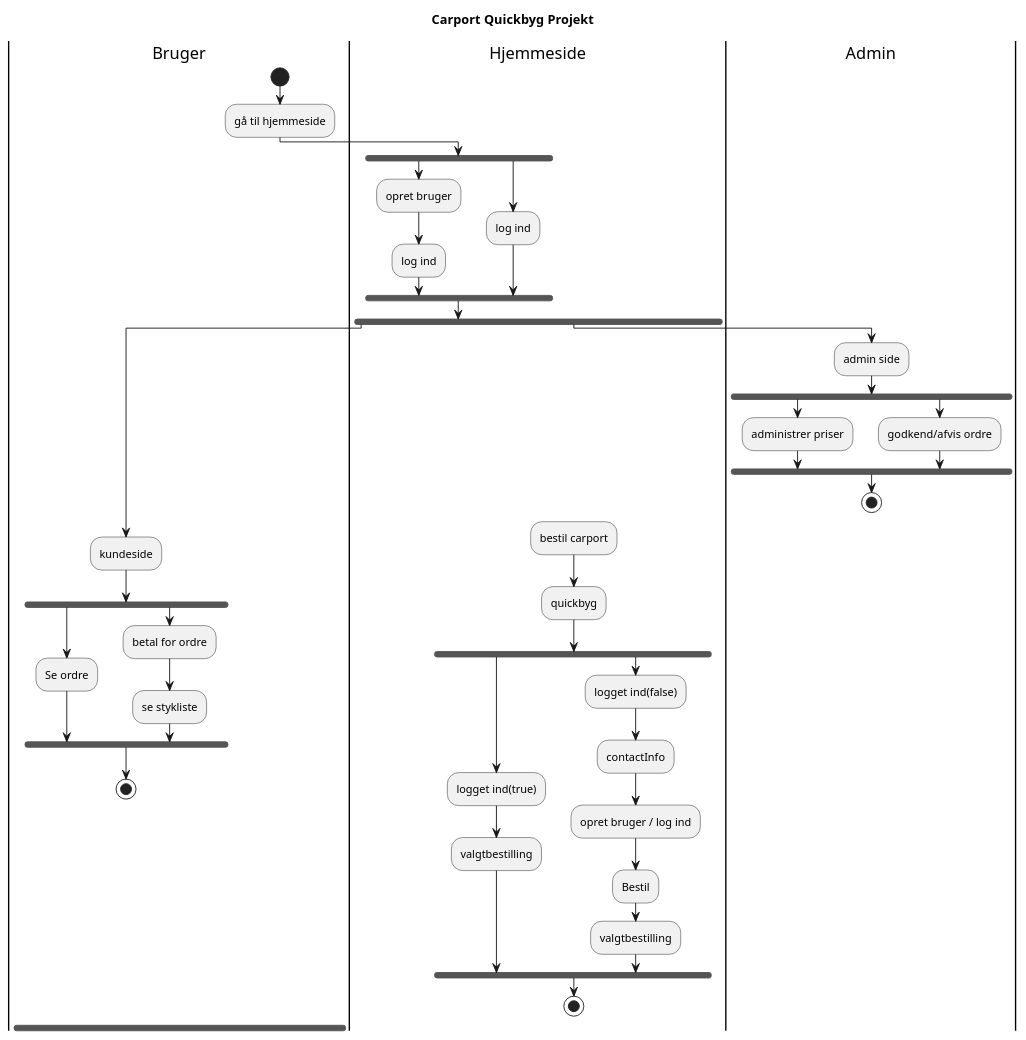
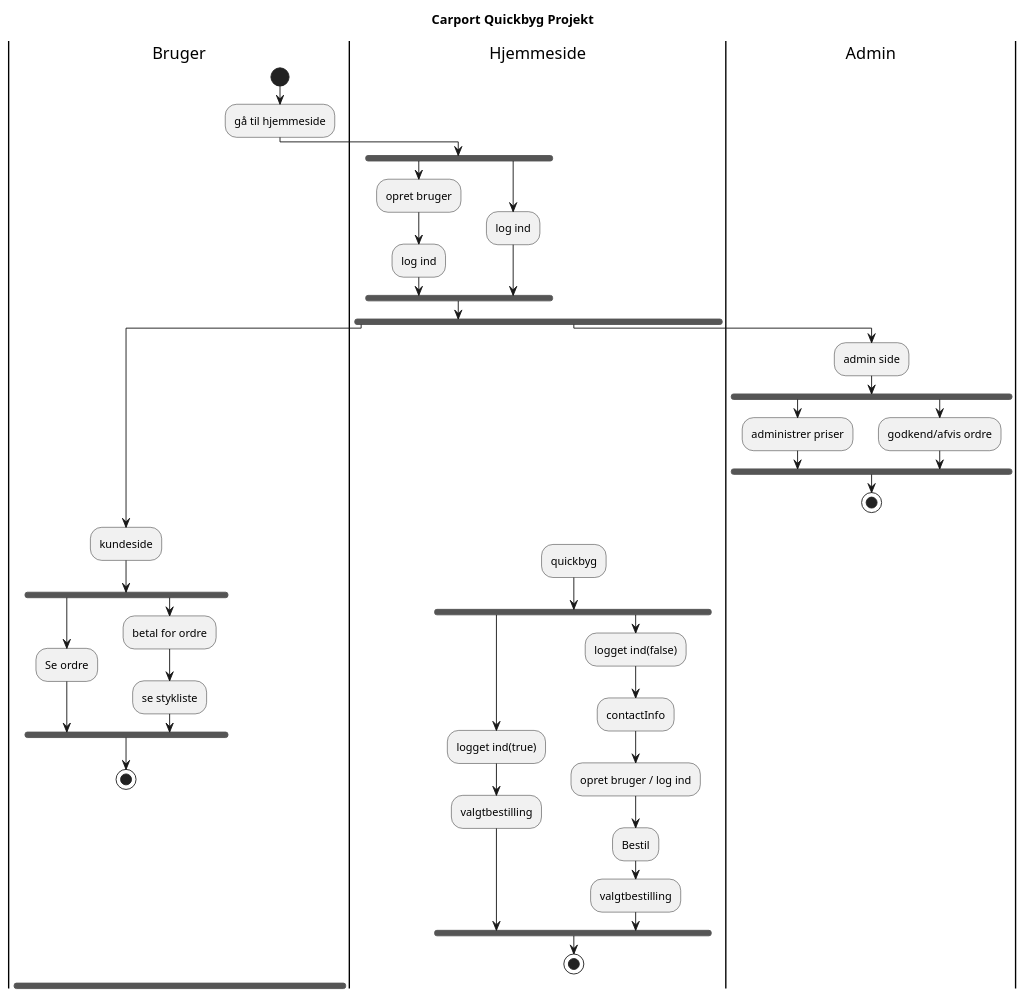
Before and after one commit to JuliusLansner/CarportWebapp: the diagram in src/main/Diagrams/Aktivitetsdiagram.puml, drawn with PlantUML. The commit also changed 1 other file, not shown here.

Commit message:
diagram changes

```diff
--- a/src/main/Diagrams/Aktivitetsdiagram.puml
+++ b/src/main/Diagrams/Aktivitetsdiagram.puml
@@ -1,47 +1,46 @@
 @startuml
 Title Carport Quickbyg Projekt
 |Bruger|
 start
 :gå til hjemmeside;
 |Hjemmeside|
-
 fork
 :opret bruger;
 :log ind;
 fork again
 :log ind;
 end fork
 fork
 |Bruger|
 :kundeside;
 fork
 :Se ordre;
 fork again
 :betal for ordre;
 :se stykliste;
 end fork
 stop
 fork again
+
 |Admin|
 :admin side;
 fork
 :administrer priser;
 fork again
 :godkend/afvis ordre;
 end fork
 stop
 |Hjemmeside|
-:bestil carport;
 :quickbyg;
 fork
 :logget ind(true);
 :valgtbestilling;
 fork again
 :logget ind(false);
 :contactInfo;
 :opret bruger / log ind;
 :Bestil;
 :valgtbestilling;
 end fork
 stop
 @enduml
```
